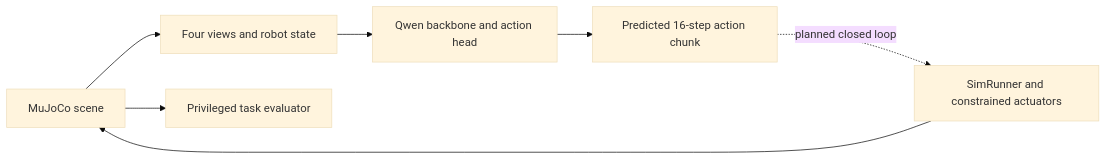
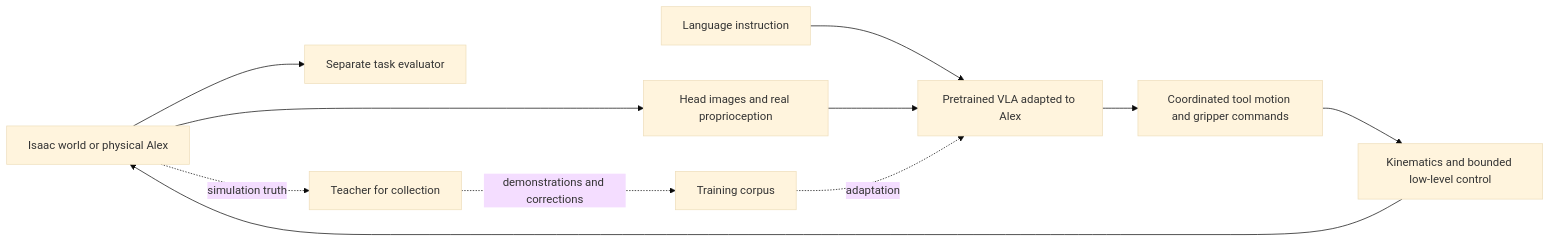
Before and after one commit to PatrizioAcquadro/VLA-LEGO_Project: the diagram in knowledge/wiki/architecture.md, drawn with Mermaid (base theme). The commit also changed other lines of this file and 30 other files, not shown here.

Commit message:
Define Alex003 bimanual assembly roadmap

````diff
--- a/knowledge/wiki/architecture.md
+++ b/knowledge/wiki/architecture.md
@@ -22,9 +20,13 @@
 ```mermaid
 flowchart LR
-    S[MuJoCo scene] --> O[Four views and robot state]
-    O --> M[Qwen backbone and action head]
-    M --> A[Predicted 16-step action chunk]
-    A -. planned closed loop .-> C[SimRunner and constrained actuators]
-    C --> S
-    S --> E[Privileged task evaluator]
+    W[Isaac world or physical Alex] --> O[Head images and real proprioception]
+    I[Language instruction] --> P[Pretrained VLA adapted to Alex]
+    O --> P
+    P --> A[Coordinated tool motion and gripper commands]
+    A --> C[Kinematics and bounded low-level control]
+    C --> W
+    W --> E[Separate task evaluator]
+    W -. simulation truth .-> T[Teacher for collection]
+    T -. demonstrations and corrections .-> D[Training corpus]
+    D -. adaptation .-> P
 ```
````
